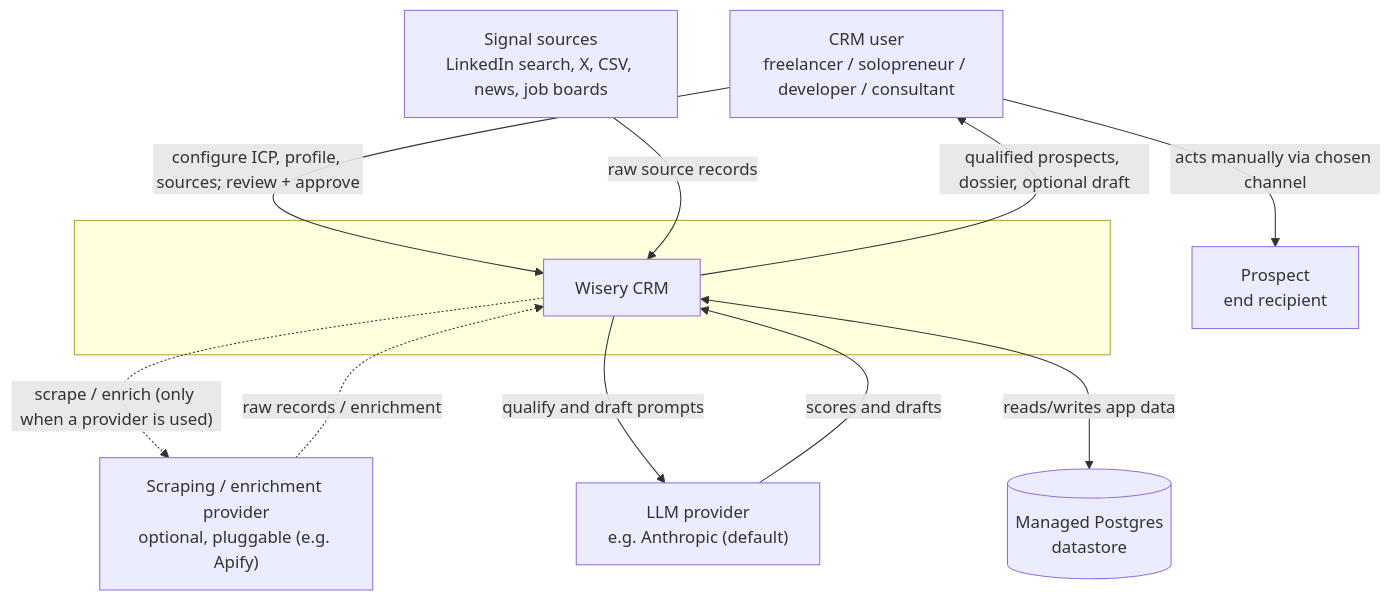
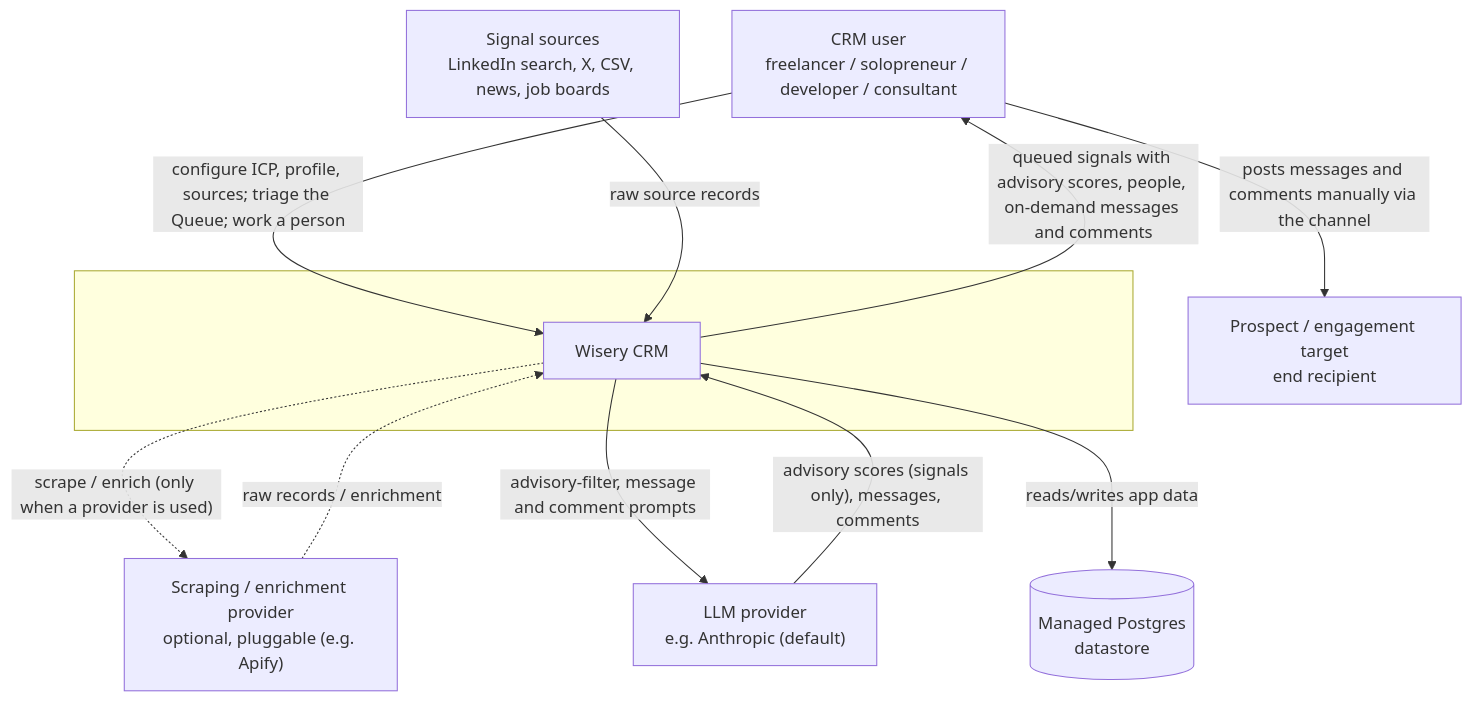
The first of 2 diagrams in docs/architecture/system-context.md (m-ratnikov/wisery-crm), drawn with Mermaid before and after one commit. The commit also changed other lines of this file and 102 other files, not shown here.

First line of the commit message:
Signal advisory becomes the only score; remove qualification stage

````diff
--- a/docs/architecture/system-context.md
+++ b/docs/architecture/system-context.md
@@ -18,24 +22,24 @@
 ```mermaid
 flowchart TB
     user["CRM user<br/>freelancer / solopreneur / developer / consultant"]
-    prospect["Prospect<br/>end recipient"]
+    prospect["Prospect / engagement target<br/>end recipient"]
 
     subgraph boundary[" "]
         sys["Wisery CRM"]
     end
 
     src["Signal sources<br/>LinkedIn search, X, CSV, news, job boards"]
     dp["Scraping / enrichment provider<br/>optional, pluggable (e.g. Apify)"]
     llm["LLM provider<br/>e.g. Anthropic (default)"]
     db[("Managed Postgres<br/>datastore")]
 
-    user -->|"configure ICP, profile, sources; review + approve"| sys
-    sys -->|"qualified prospects, dossier, optional draft"| user
+    user -->|"configure ICP, profile, sources; triage the Queue; work a person"| sys
+    sys -->|"queued signals with advisory scores, people, on-demand messages and comments"| user
     src -->|"raw source records"| sys
     sys -.->|"scrape / enrich (only when a provider is used)"| dp
     dp -.->|"raw records / enrichment"| sys
-    sys -->|"qualify and draft prompts"| llm
-    llm -->|"scores and drafts"| sys
-    sys <-->|"reads/writes app data"| db
-    user -->|"acts manually via chosen channel"| prospect
+    sys -->|"advisory-filter, message and comment prompts"| llm
+    llm -->|"advisory scores (signals only), messages, comments"| sys
+    sys -->|"reads/writes app data"| db
+    user -->|"posts messages and comments manually via the channel"| prospect
 ```
````
